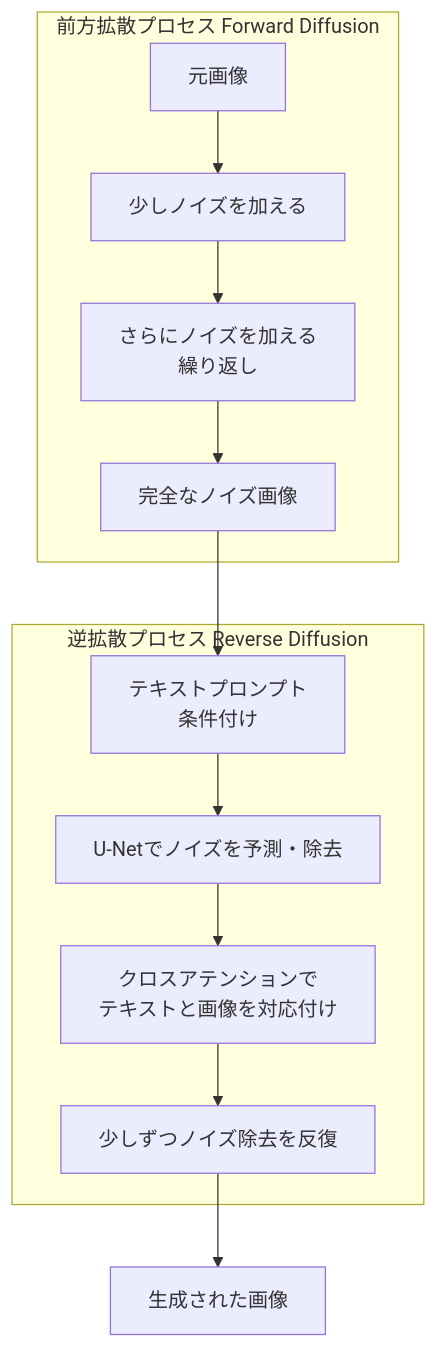
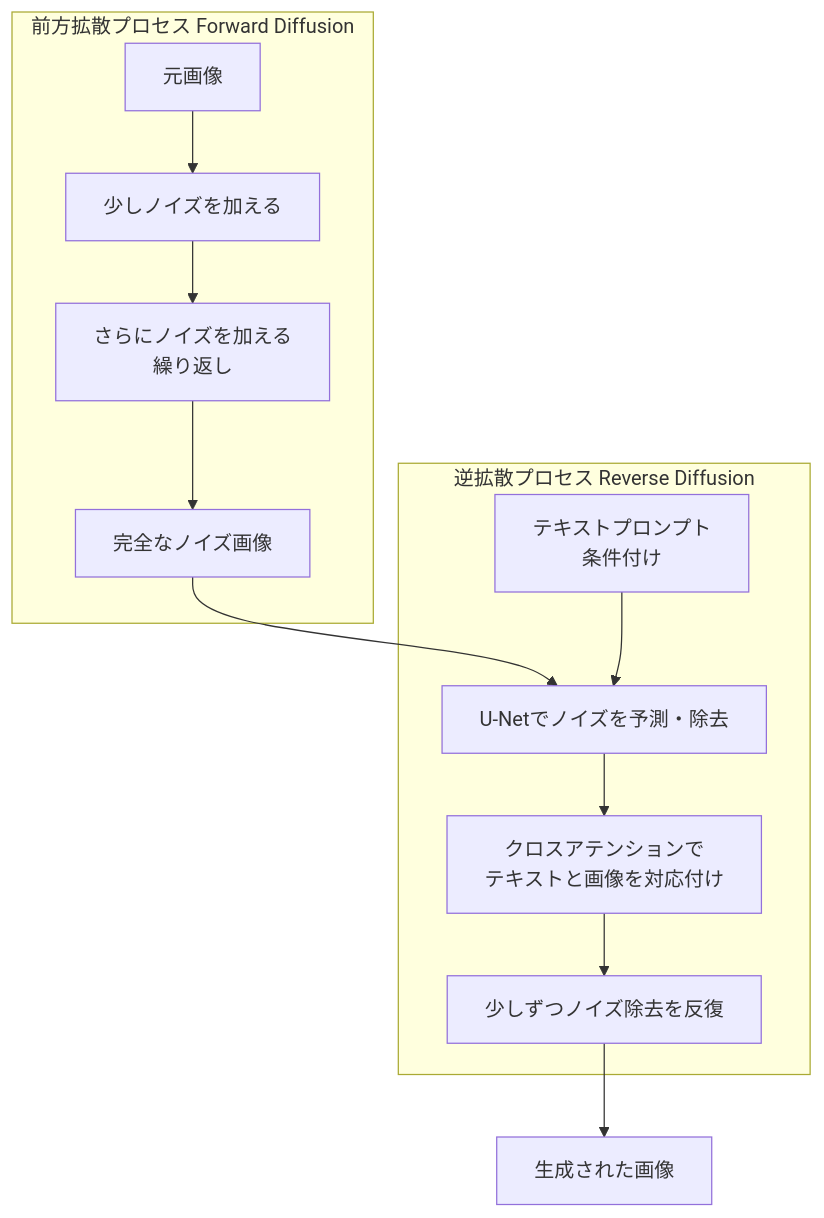
One commit to myoshi2891/Comparison-of-LLMs changed the eighth of 9 diagrams in Generative-ai-on-aws-guide.md. Above: the diagram before and after it, drawn with Mermaid. The commit also changed other lines of this file and 1 other file, not shown here.

````diff
--- a/Generative-ai-on-aws-guide.md
+++ b/Generative-ai-on-aws-guide.md
@@ -351,15 +361,15 @@
 ```mermaid
 flowchart TB
     subgraph FWD["前方拡散プロセス Forward Diffusion"]
         A["元画像"] --> B["少しノイズを加える"]
         B --> C["さらにノイズを加える<br/>繰り返し"]
         C --> D["完全なノイズ画像"]
     end
-    D --> E
+    D --> F
     subgraph REV["逆拡散プロセス Reverse Diffusion"]
         E["テキストプロンプト<br/>条件付け"] --> F["U-Netでノイズを予測・除去"]
         F --> G["クロスアテンションで<br/>テキストと画像を対応付け"]
         G --> H["少しずつノイズ除去を反復"]
     end
     H --> I["生成された画像"]
 ```
````
